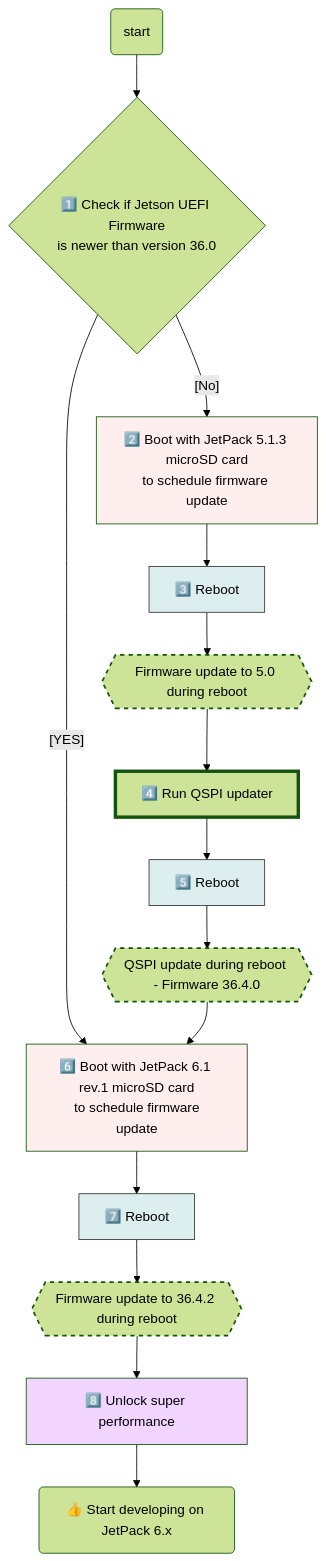
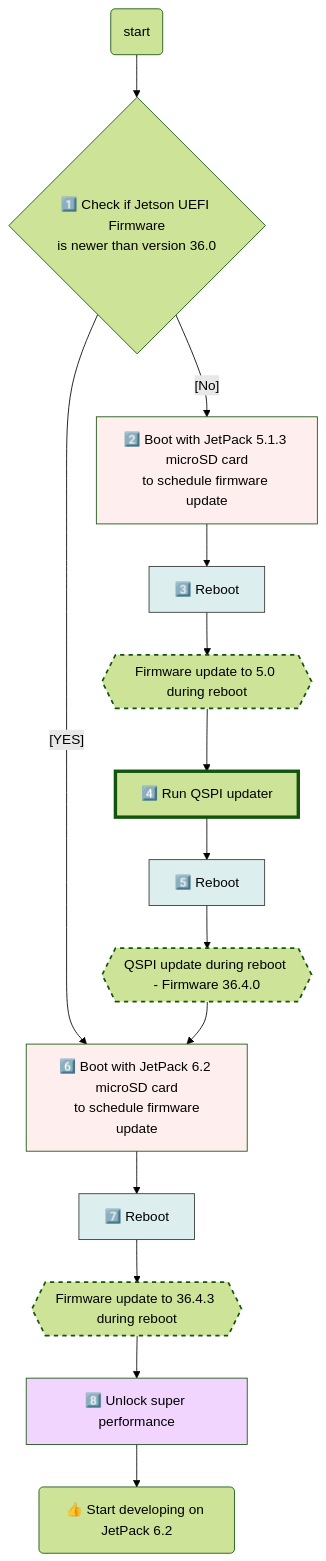
One commit to NVIDIA-AI-IOT/jetson-generative-ai-playground changed the second of 2 diagrams in docs/initial_setup_jon.md. Above: the diagram before and after it, drawn with Mermaid (forest theme). The commit also changed other lines of this file and 1 other file, not shown here.

````diff
--- a/docs/initial_setup_jon.md
+++ b/docs/initial_setup_jon.md
@@ -81,25 +81,25 @@
     ```mermaid
     flowchart
         A(start) --> B{1️⃣ Check if Jetson UEFI Firmware<br>is newer than version 36.0}
-        B --[YES] --> O[6️⃣ Boot with JetPack 6.1 rev.1 microSD card<br> to schedule firmware update]
+        B --[YES] --> O[6️⃣ Boot with JetPack 6.2 microSD card<br> to schedule firmware update]
         B --[No] --> C[2️⃣ Boot with JetPack 5.1.3 microSD card<br>to schedule firmware update]
         C --> D[3️⃣ Reboot] --> E{{Firmware update to 5.0 during reboot}}
         E --> F[4️⃣ Run QSPI updater] --> G[5️⃣ Reboot] --> H{{QSPI update during reboot - Firmware 36.4.0}}
         H --> O
         O --> P[7️⃣ Reboot]
-        P --> Q{{Firmware update to 36.4.2 during reboot}}
+        P --> Q{{Firmware update to 36.4.3 during reboot}}
         Q --> R[8️⃣ Unlock super performance] 
-        R --> S(👍 Start developing on JetPack 6.x) 
+        R --> S(👍 Start developing on JetPack 6.2) 
         
 
         style C fill:#fee
         style D fill:#DEE,stroke:#333
         style E stroke-width:2px,stroke-dasharray: 5 5
         style F stroke-width:4px
         style G fill:#DEE,stroke:#333
         style H stroke-width:2px,stroke-dasharray: 5 5
         style O fill:#fee
         style P fill:#DEE,stroke:#333
         style Q stroke-width:2px,stroke-dasharray: 5 5
         style R fill:#f2d5ff
     ```
````
